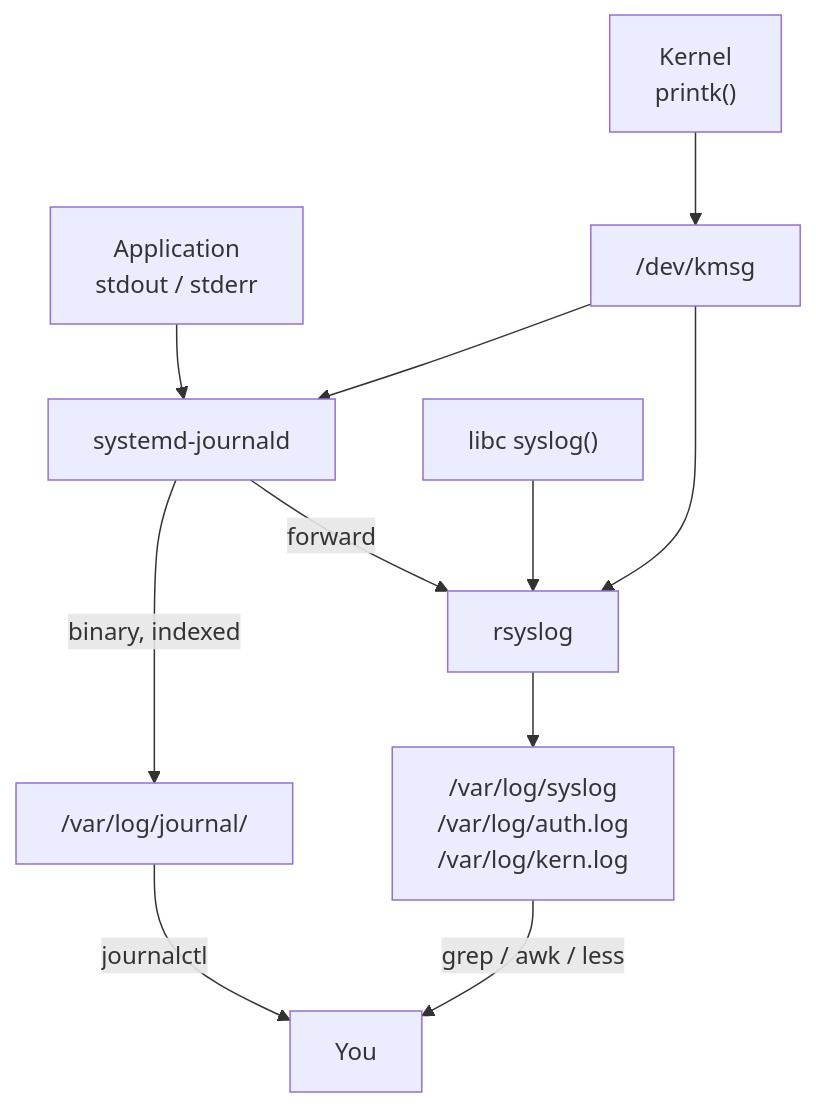
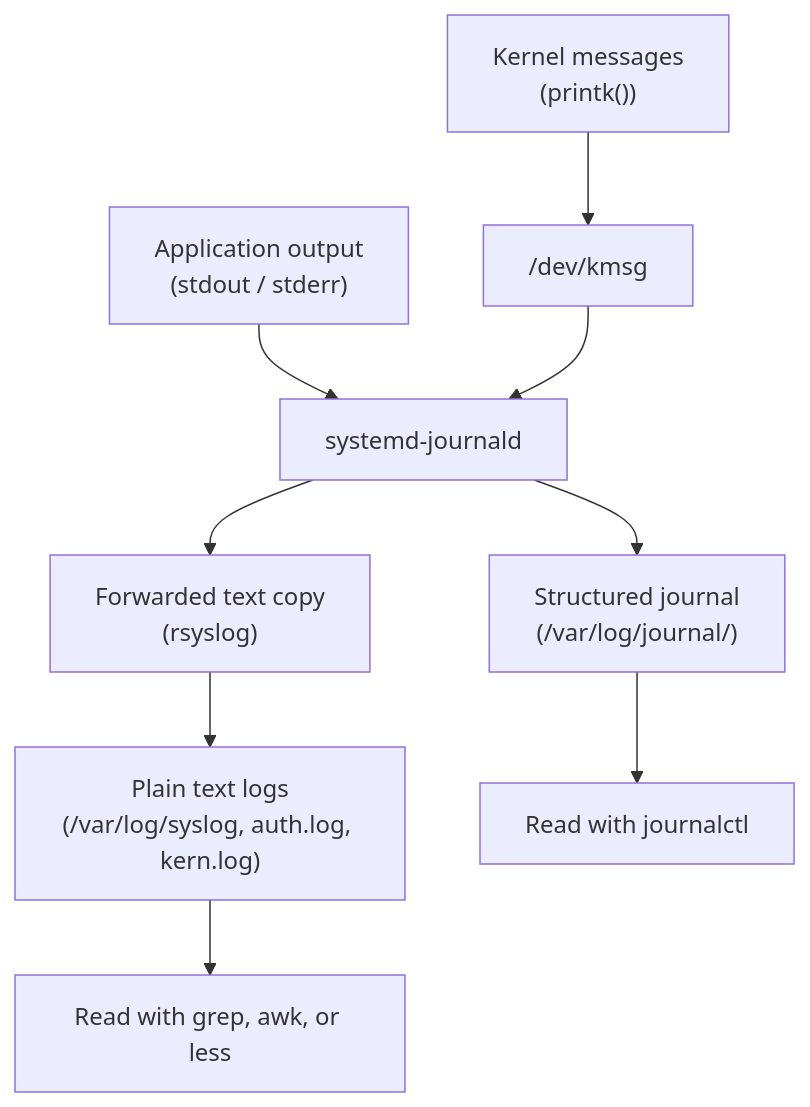
One commit to senlinyy/dev-roadmaps changed the diagram in devops-foundation/linux/system-admin/log-management.md. Above: the diagram before and after it, drawn with Mermaid. The commit also changed 89 other files, not shown here.

````diff
--- a/devops-foundation/linux/system-admin/log-management.md
+++ b/devops-foundation/linux/system-admin/log-management.md
@@ -44,13 +44,11 @@
 ```mermaid
 flowchart TD
-    APP["Application\nstdout / stderr"] --> JD["systemd-journald"]
-    LIBC["libc syslog()"] --> RS["rsyslog"]
-    KERN["Kernel\nprintk()"] --> KMSG["/dev/kmsg"]
+    APP["Application output<br/>(stdout / stderr)"] --> JD["systemd-journald"]
+    KERN["Kernel messages<br/>(printk())"] --> KMSG["/dev/kmsg"]
     KMSG --> JD
-    KMSG --> RS
-    JD -->|"binary, indexed"| JNL["/var/log/journal/"]
-    JD -->|"forward"| RS
-    RS --> SYS["/var/log/syslog\n/var/log/auth.log\n/var/log/kern.log"]
-    JNL -->|"journalctl"| OPS["You"]
-    SYS -->|"grep / awk / less"| OPS
+    JD --> JNL["Structured journal<br/>(/var/log/journal/)"]
+    JD --> RS["Forwarded text copy<br/>(rsyslog)"]
+    RS --> SYS["Plain text logs<br/>(/var/log/syslog, auth.log, kern.log)"]
+    JNL --> OPS["Read with journalctl"]
+    SYS --> OPS2["Read with grep, awk, or less"]
 ```
````
